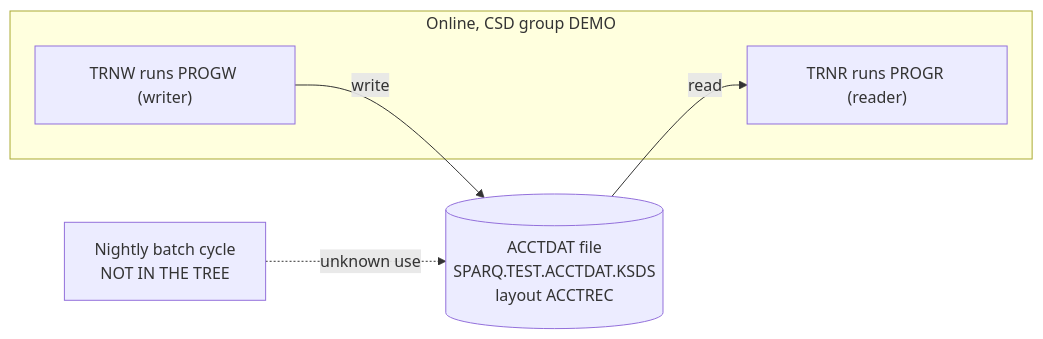
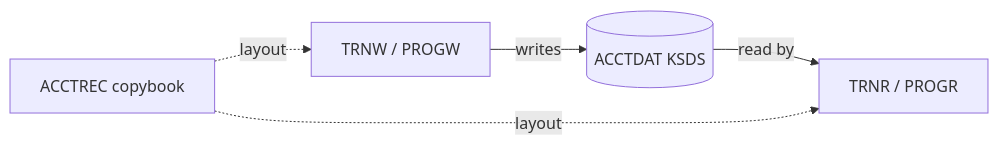
The diagram in evals/runs/05-vsam-cics-pair/modernization-assessment/02-coupling.md (Sparq-Holding-Inc/claude-legacy-modernization), drawn with Mermaid before and after one commit. The commit also changed other lines of this file and 268 other files, not shown here.

````diff
--- a/evals/runs/05-vsam-cics-pair/modernization-assessment/02-coupling.md
+++ b/evals/runs/05-vsam-cics-pair/modernization-assessment/02-coupling.md
@@ -20,12 +16,7 @@
 ```mermaid
 graph LR
-  subgraph online["Online, CSD group DEMO"]
-    TRNW["TRNW runs PROGW (writer)"]
-    TRNR["TRNR runs PROGR (reader)"]
-  end
-  KSDS[("ACCTDAT file<br/>SPARQ.TEST.ACCTDAT.KSDS<br/>layout ACCTREC")]
-  BATCH["Nightly batch cycle<br/>NOT IN THE TREE"]
-  TRNW -->|write| KSDS
-  KSDS -->|read| TRNR
-  BATCH -. "unknown use" .-> KSDS
+  TRNW[TRNW / PROGW] -->|writes| ACCT[(ACCTDAT KSDS)]
+  ACCT -->|read by| TRNR[TRNR / PROGR]
+  CPY[ACCTREC copybook] -.layout.-> TRNW
+  CPY -.layout.-> TRNR
 ```
````
